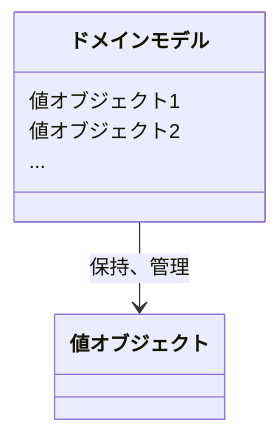
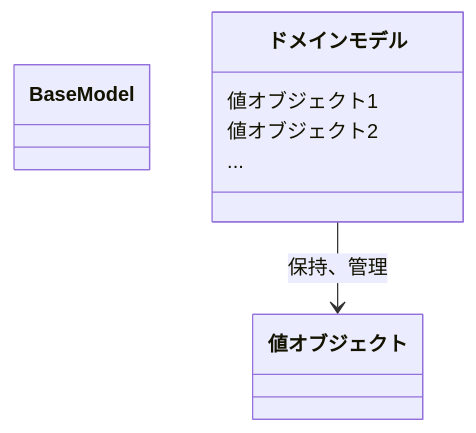
The diagram in docs/ja/api/ドメインモデル-domain_model.md (shuhei1101/allowance-questboard), drawn with Mermaid before and after one commit.

Commit message:
ドメインモデル-domain_model.md を更新

````diff
--- a/docs/ja/api/ドメインモデル-domain_model.md
+++ b/docs/ja/api/ドメインモデル-domain_model.md
@@ -8,12 +8,14 @@
 ```mermaid
 classDiagram
-    
+    class BaseModel {
+      
+    }
 
     class ドメインモデル {
       値オブジェクト1
       値オブジェクト2
       ...
     }
 
     ドメインモデル --> 値オブジェクト: 保持、管理
 ```
````
